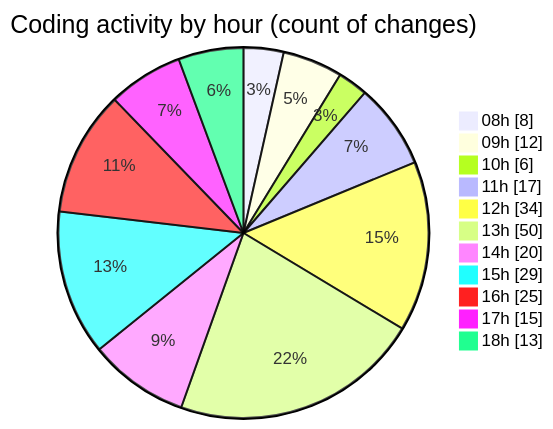
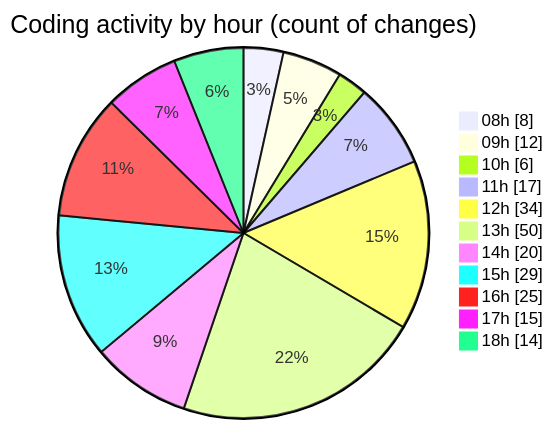
One commit to momahboobian/code-tracking changed the second of 2 diagrams in 2025-09-15/cda/README.md. Above: the diagram before and after it, drawn with Mermaid. The commit also changed other lines of this file and 1 other file, not shown here.

````diff
--- a/2025-09-15/cda/README.md
+++ b/2025-09-15/cda/README.md
@@ -36,15 +36,15 @@
 ```mermaid
 pie showData
 title Coding activity by hour (count of changes)
 "08h" : 8
 "09h" : 12
 "10h" : 6
 "11h" : 17
 "12h" : 34
 "13h" : 50
 "14h" : 20
 "15h" : 29
 "16h" : 25
 "17h" : 15
-"18h" : 13
+"18h" : 14
 ```
````
